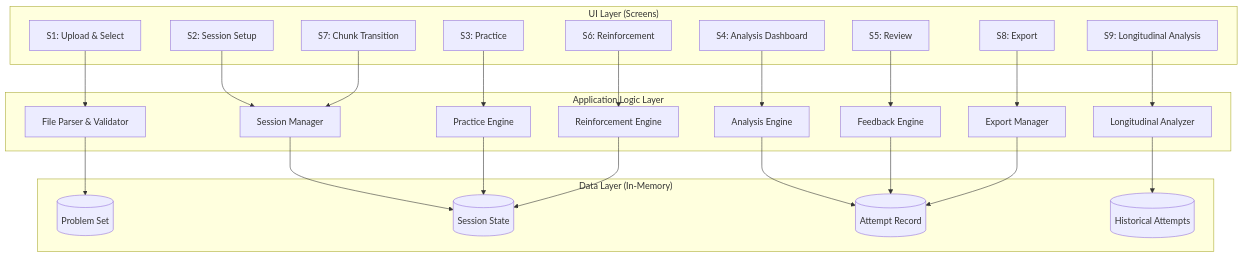
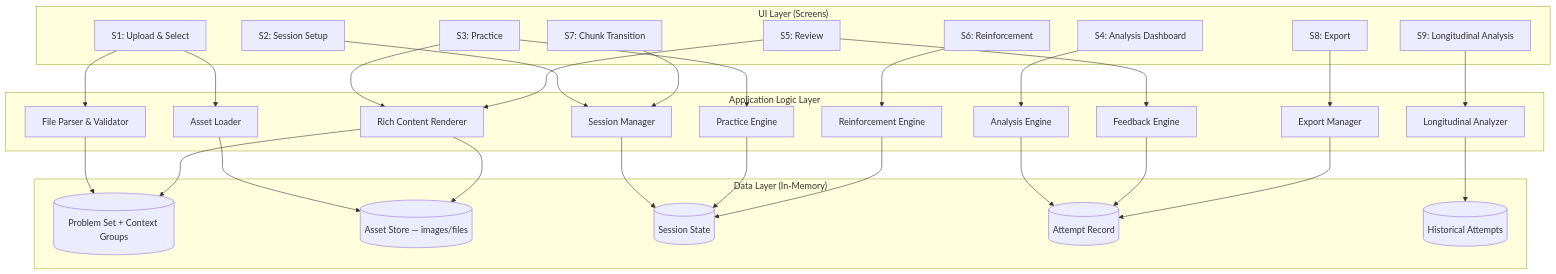
Before and after one commit to jaynote001/MCQTool: the first of 6 diagrams in 3_Architecture/1_System_Architecture.md, drawn with Mermaid. The commit also changed other lines of this file and 3 other files, not shown here.

Commit message:
Update Architecture Diagrams

````diff
--- a/3_Architecture/1_System_Architecture.md
+++ b/3_Architecture/1_System_Architecture.md
@@ -32,51 +33,60 @@
 ```mermaid
 graph TB
     subgraph UI["UI Layer (Screens)"]
         S1[S1: Upload & Select]
         S2[S2: Session Setup]
         S3[S3: Practice]
         S4[S4: Analysis Dashboard]
         S5[S5: Review]
         S6[S6: Reinforcement]
         S7[S7: Chunk Transition]
         S8[S8: Export]
         S9[S9: Longitudinal Analysis]
     end
 
     subgraph APP["Application Logic Layer"]
         FP[File Parser & Validator]
+        AL[Asset Loader]
         SM[Session Manager]
         PE[Practice Engine]
         AE[Analysis Engine]
         FE[Feedback Engine]
         RE[Reinforcement Engine]
+        RC[Rich Content Renderer]
         EX[Export Manager]
         LA[Longitudinal Analyzer]
     end
 
     subgraph DATA["Data Layer (In-Memory)"]
-        PS[(Problem Set)]
+        PS[(Problem Set + Context Groups)]
+        AS[(Asset Store — images/files)]
         SS[(Session State)]
         AR[(Attempt Record)]
         HA[(Historical Attempts)]
     end
 
     S1 --> FP
+    S1 --> AL
     S2 --> SM
     S3 --> PE
+    S3 --> RC
     S4 --> AE
     S5 --> FE
+    S5 --> RC
     S6 --> RE
     S7 --> SM
     S8 --> EX
     S9 --> LA
 
     FP --> PS
+    AL --> AS
     SM --> SS
     PE --> SS
     AE --> AR
     FE --> AR
     RE --> SS
+    RC --> PS
+    RC --> AS
     EX --> AR
     LA --> HA
 ```
````
